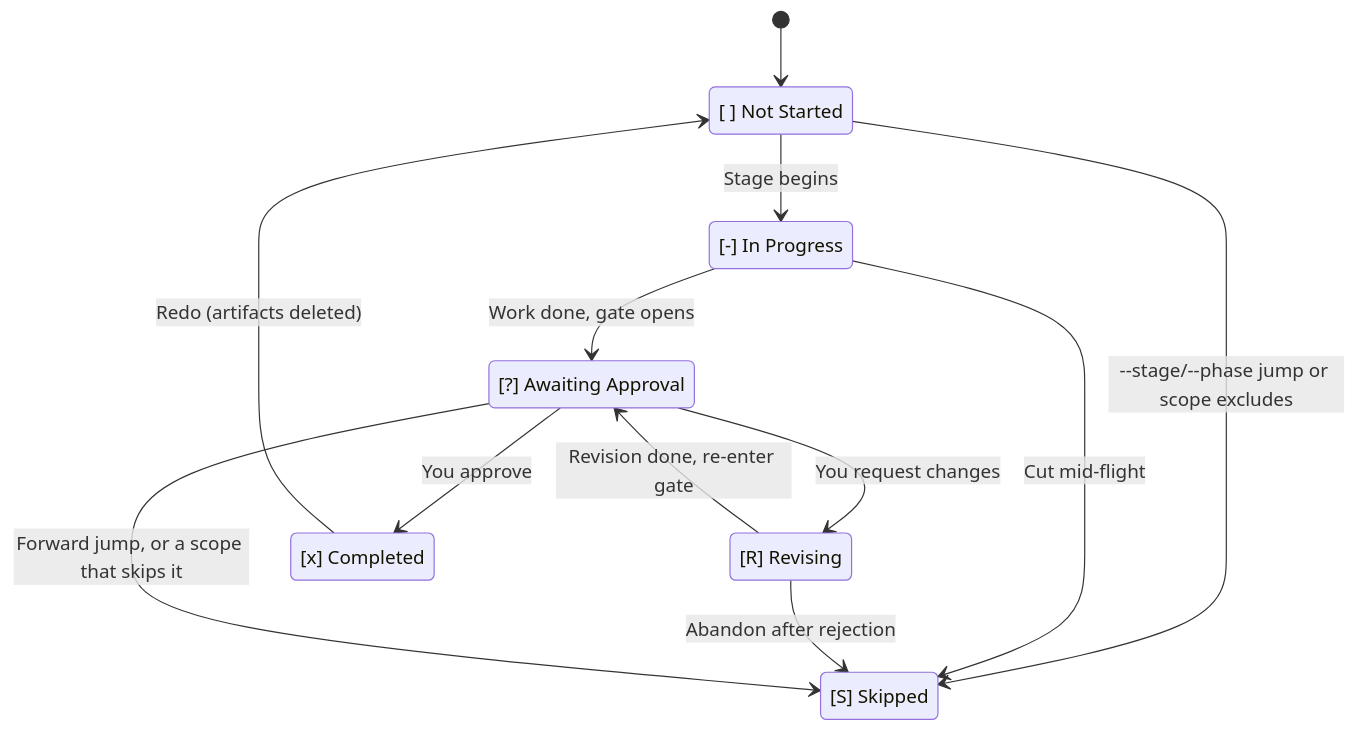
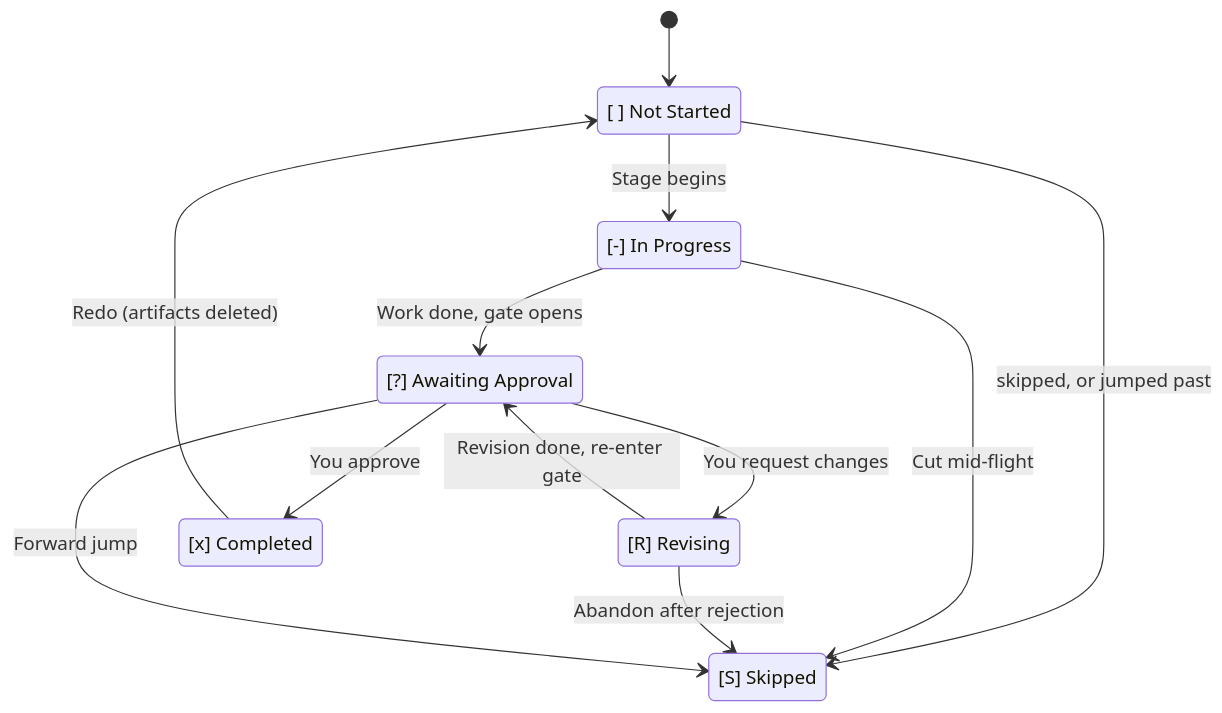
The first of 2 diagrams in docs/guide/en/10-state-and-audit.md (otomatty/aidlc-guide), drawn with Mermaid before and after one commit. The commit also changed other lines of this file and 740 other files, not shown here.

````diff
--- a/docs/guide/en/10-state-and-audit.md
+++ b/docs/guide/en/10-state-and-audit.md
@@ -72,21 +117,21 @@
 ```mermaid
 stateDiagram-v2
     state "[ ] Not Started" as NotStarted
     state "[-] In Progress" as InProgress
     state "[?] Awaiting Approval" as Awaiting
     state "[R] Revising" as Revising
     state "[x] Completed" as Completed
     state "[S] Skipped" as Skipped
 
     [*] --> NotStarted
     NotStarted --> InProgress : Stage begins
     InProgress --> Awaiting : Work done, gate opens
     Awaiting --> Completed : You approve
     Awaiting --> Revising : You request changes
     Revising --> Awaiting : Revision done, re-enter gate
-    NotStarted --> Skipped : --stage/--phase jump or scope excludes
+    NotStarted --> Skipped : skipped, or jumped past
     InProgress --> Skipped : Cut mid-flight
     Revising --> Skipped : Abandon after rejection
-    Awaiting --> Skipped : Forward jump, or a scope that skips it
+    Awaiting --> Skipped : Forward jump
     Completed --> NotStarted : Redo (artifacts deleted)
 ```
````
